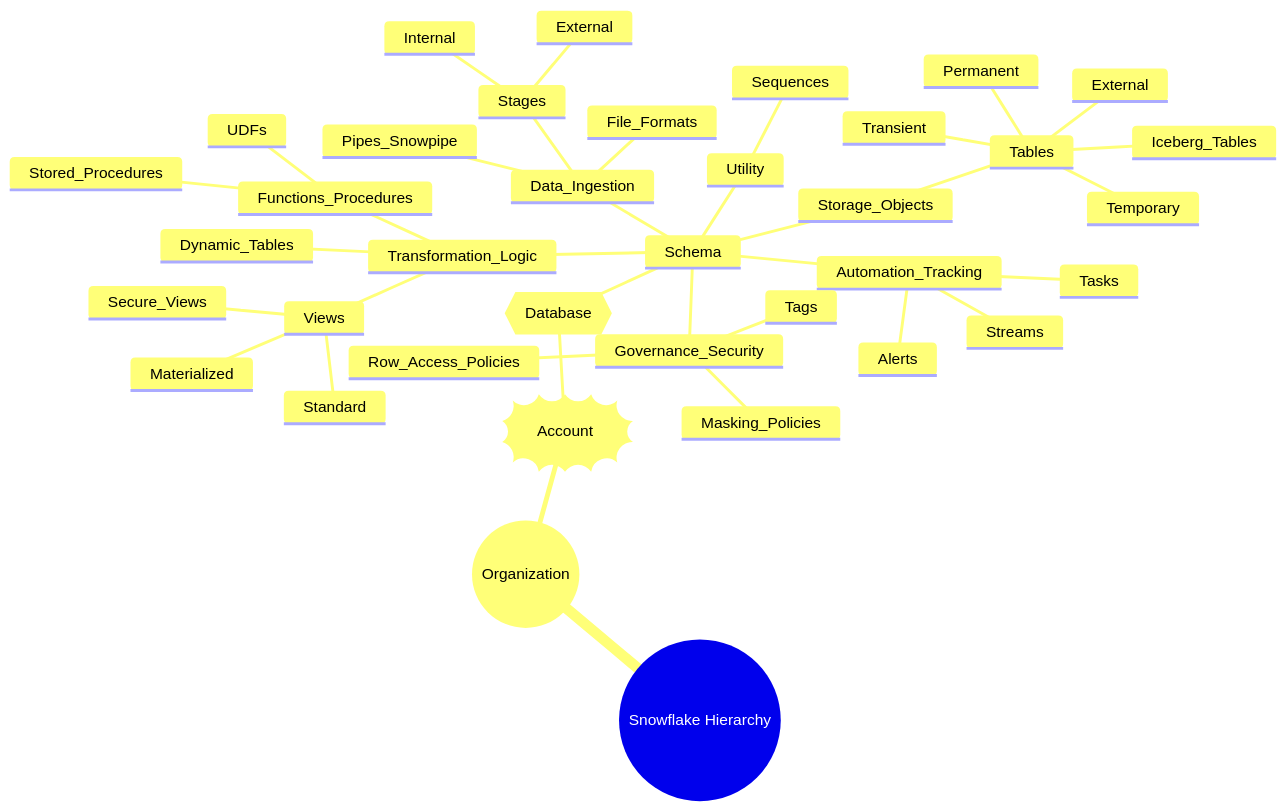
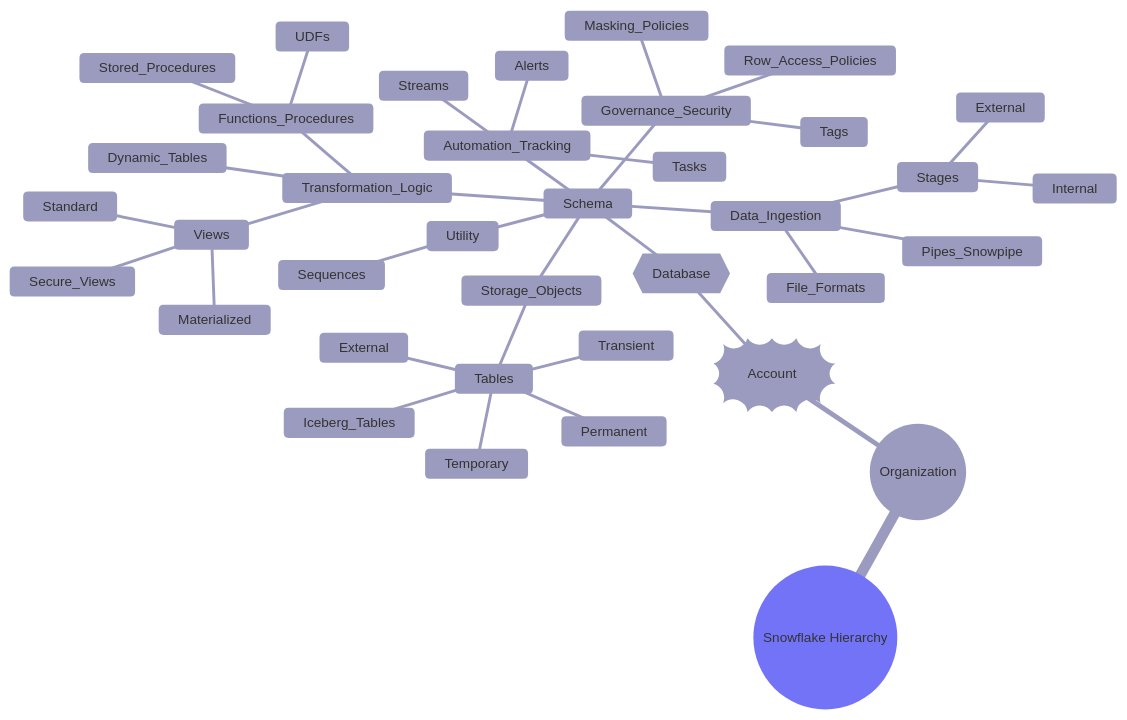
The diagram in 01-foundations/03-data-objects/01-data_objects_mindmap.md (arira-ai/ar_snowflake), drawn with Mermaid before and after one commit.

````diff
--- a/01-foundations/03-data-objects/01-data_objects_mindmap.md
+++ b/01-foundations/03-data-objects/01-data_objects_mindmap.md
@@ -3,40 +3,44 @@
 ```mermaid
+---
+config:
+  theme: neo
+---
 mindmap
 ((Snowflake Hierarchy))
   ((Organization))
     ))Account((
       {{Database}}
         Schema
           Storage_Objects
             Tables
               Permanent
               Transient
               Temporary
               External
               Iceberg_Tables
           Transformation_Logic
             Views
               Standard
               Materialized
               Secure_Views
             Dynamic_Tables
             Functions_Procedures
               UDFs
               Stored_Procedures
           Data_Ingestion
             Stages
               Internal
               External
             Pipes_Snowpipe
             File_Formats
           Automation_Tracking
             Tasks
             Streams
             Alerts
           Governance_Security
             Masking_Policies
             Row_Access_Policies
             Tags
           Utility
             Sequences
 ```
````
